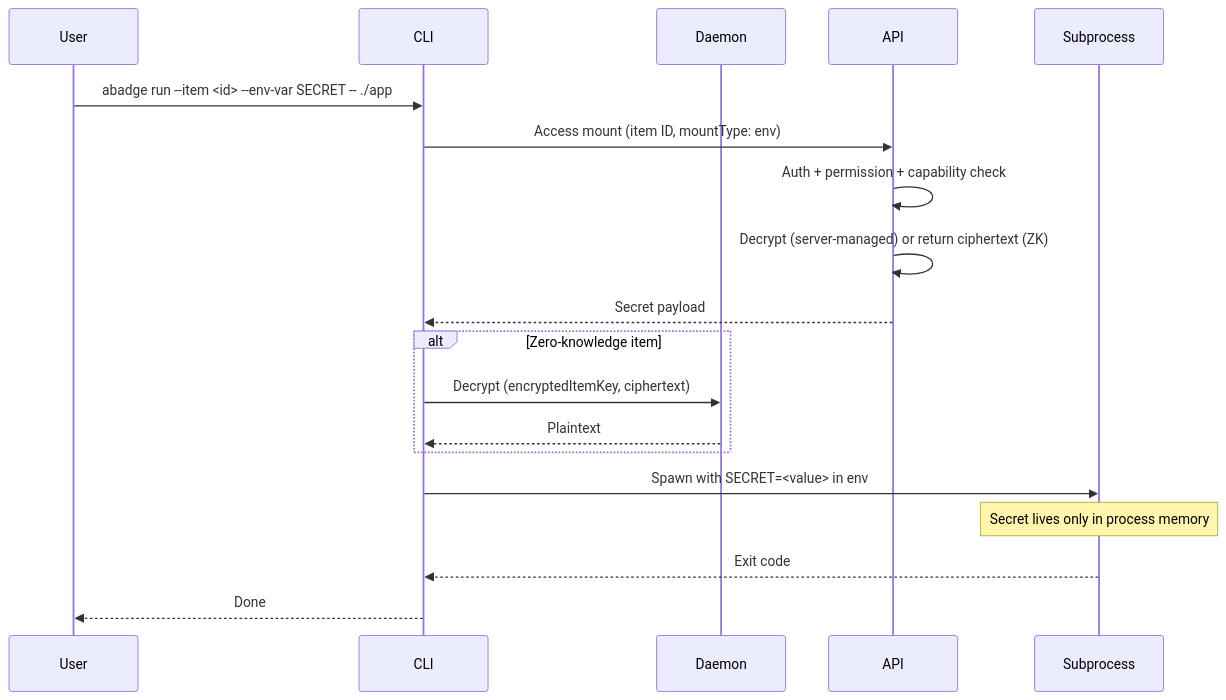
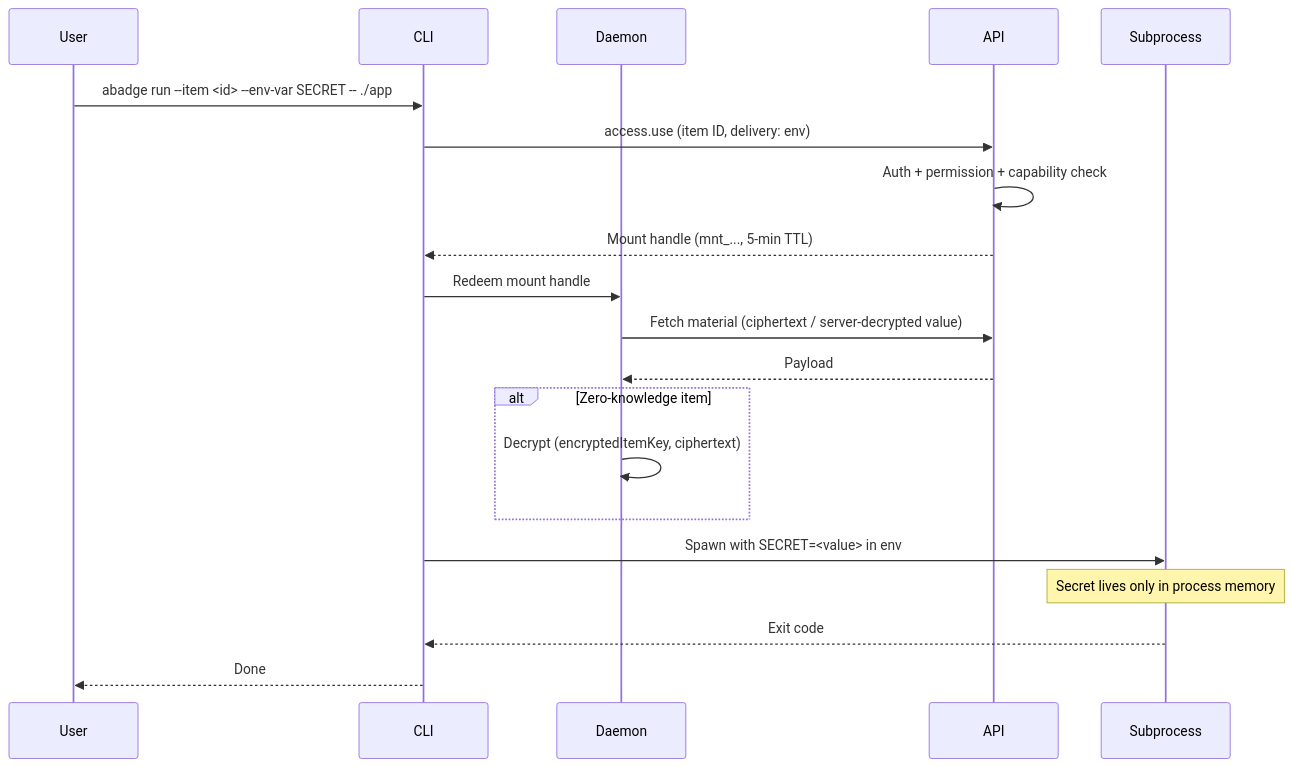
Before and after one commit to punitarani/abadge: diagram 14 of 16 in apps/docs/workflows/flows.mdx, drawn with Mermaid. The commit also changed other lines of this file and 217 other files, not shown here.

````diff
--- a/apps/docs/workflows/flows.mdx
+++ b/apps/docs/workflows/flows.mdx
@@ -280,22 +311,23 @@
 ```mermaid
 sequenceDiagram
   participant User as User
   participant CLI as CLI
   participant Daemon as Daemon
   participant API as API
   participant Proc as Subprocess
 
   User->>CLI: abadge run --item <id> --env-var SECRET -- ./app
-  CLI->>API: Access mount (item ID, mountType: env)
+  CLI->>API: access.use (item ID, delivery: env)
   API->>API: Auth + permission + capability check
-  API->>API: Decrypt (server-managed) or return ciphertext (ZK)
-  API-->>CLI: Secret payload
+  API-->>CLI: Mount handle (mnt_..., 5-min TTL)
+  CLI->>Daemon: Redeem mount handle
+  Daemon->>API: Fetch material (ciphertext / server-decrypted value)
+  API-->>Daemon: Payload
   alt Zero-knowledge item
-    CLI->>Daemon: Decrypt (encryptedItemKey, ciphertext)
-    Daemon-->>CLI: Plaintext
+    Daemon->>Daemon: Decrypt (encryptedItemKey, ciphertext)
   end
   CLI->>Proc: Spawn with SECRET=<value> in env
   Note over Proc: Secret lives only in process memory
   Proc-->>CLI: Exit code
   CLI-->>User: Done
 ```
````
